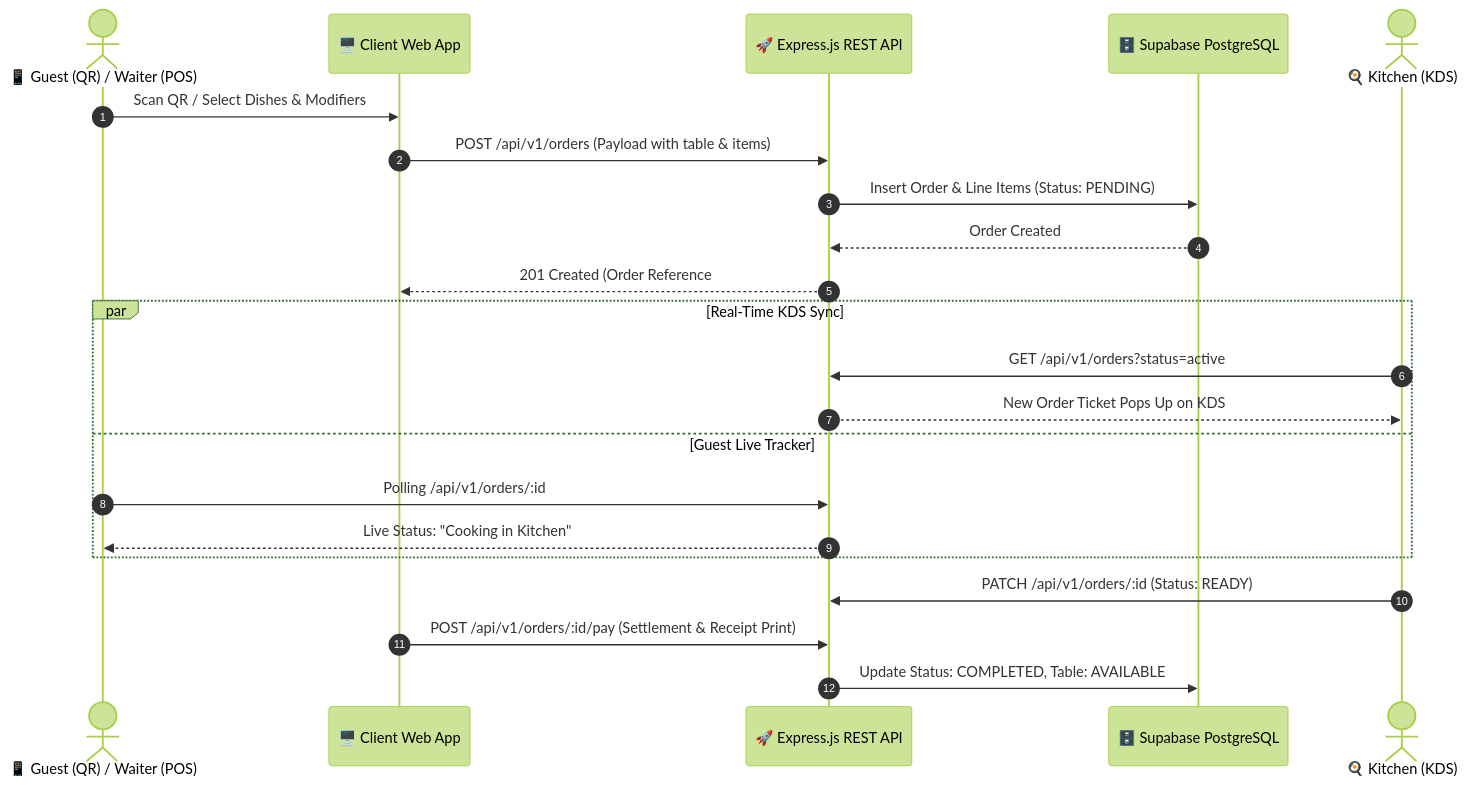
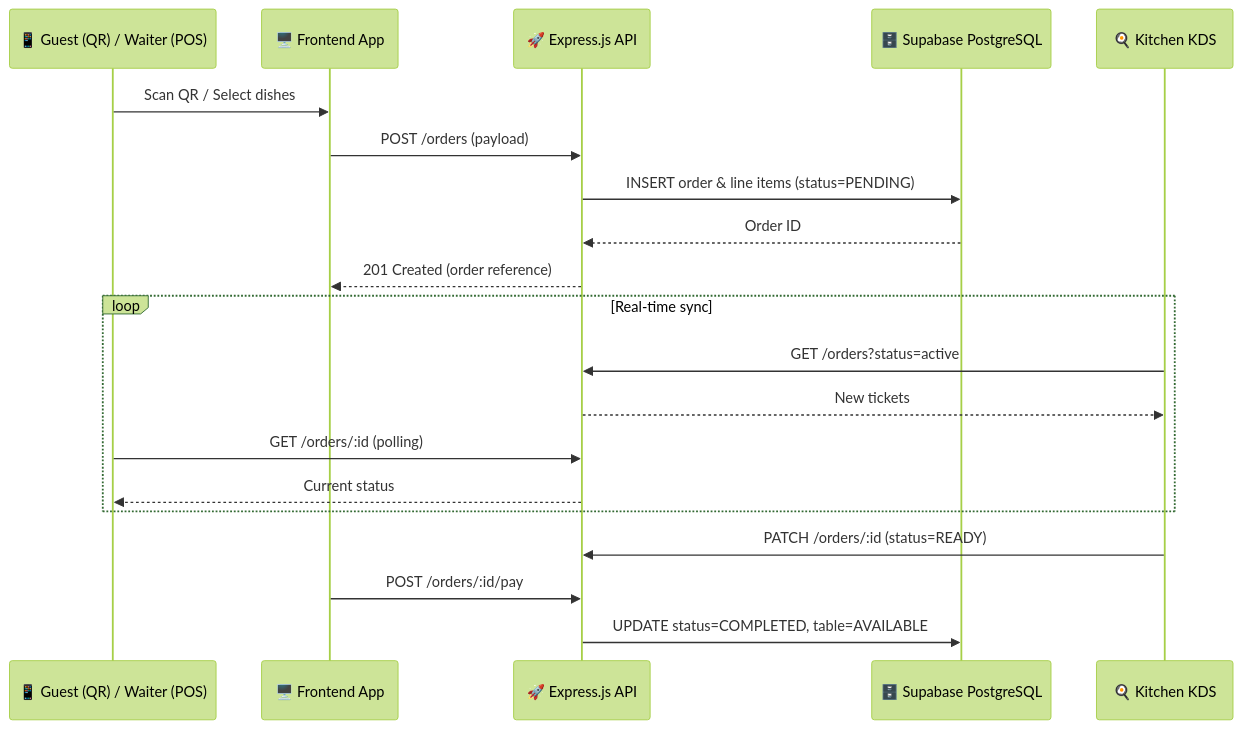
Before and after one commit to Talalilyas1208/restaurant-pos-system: the fourth of 4 diagrams in README.md, drawn with Mermaid (forest theme). The commit also changed other lines of this file, not shown here.

````diff
--- a/README.md
+++ b/README.md
@@ -78,27 +138,22 @@
 ```mermaid
 sequenceDiagram
-    autonumber
-    actor Guest as 📱 Guest (QR) / Waiter (POS)
-    participant POS as 🖥️ Client Web App
-    participant API as 🚀 Express.js REST API
+    participant Guest as 📱 Guest (QR) / Waiter (POS)
+    participant POS as 🖥️ Frontend App
+    participant API as 🚀 Express.js API
     participant DB as 🗄️ Supabase PostgreSQL
-    actor Chef as 🍳 Kitchen (KDS)
-
-    Guest->>POS: Scan QR / Select Dishes & Modifiers
-    POS->>API: POST /api/v1/orders (Payload with table & items)
-    API->>DB: Insert Order & Line Items (Status: PENDING)
-    DB-->>API: Order Created
-    API-->>POS: 201 Created (Order Reference #)
-
-    par Real-Time KDS Sync
-        Chef->>API: GET /api/v1/orders?status=active
-        API-->>Chef: New Order Ticket Pops Up on KDS
-    and Guest Live Tracker
-        Guest->>API: Polling /api/v1/orders/:id
-        API-->>Guest: Live Status: "Cooking in Kitchen"
+    participant Chef as 🍳 Kitchen KDS
+    Guest->>POS: Scan QR / Select dishes
+    POS->>API: POST /orders (payload)
+    API->>DB: INSERT order & line items (status=PENDING)
+    DB-->>API: Order ID
+    API-->>POS: 201 Created (order reference)
+    loop Real‑time sync
+        Chef->>API: GET /orders?status=active
+        API-->>Chef: New tickets
+        Guest->>API: GET /orders/:id (polling)
+        API-->>Guest: Current status
     end
-
-    Chef->>API: PATCH /api/v1/orders/:id (Status: READY)
-    POS->>API: POST /api/v1/orders/:id/pay (Settlement & Receipt Print)
-    API->>DB: Update Status: COMPLETED, Table: AVAILABLE
+    Chef->>API: PATCH /orders/:id (status=READY)
+    POS->>API: POST /orders/:id/pay
+    API->>DB: UPDATE status=COMPLETED, table=AVAILABLE
 ```
````
